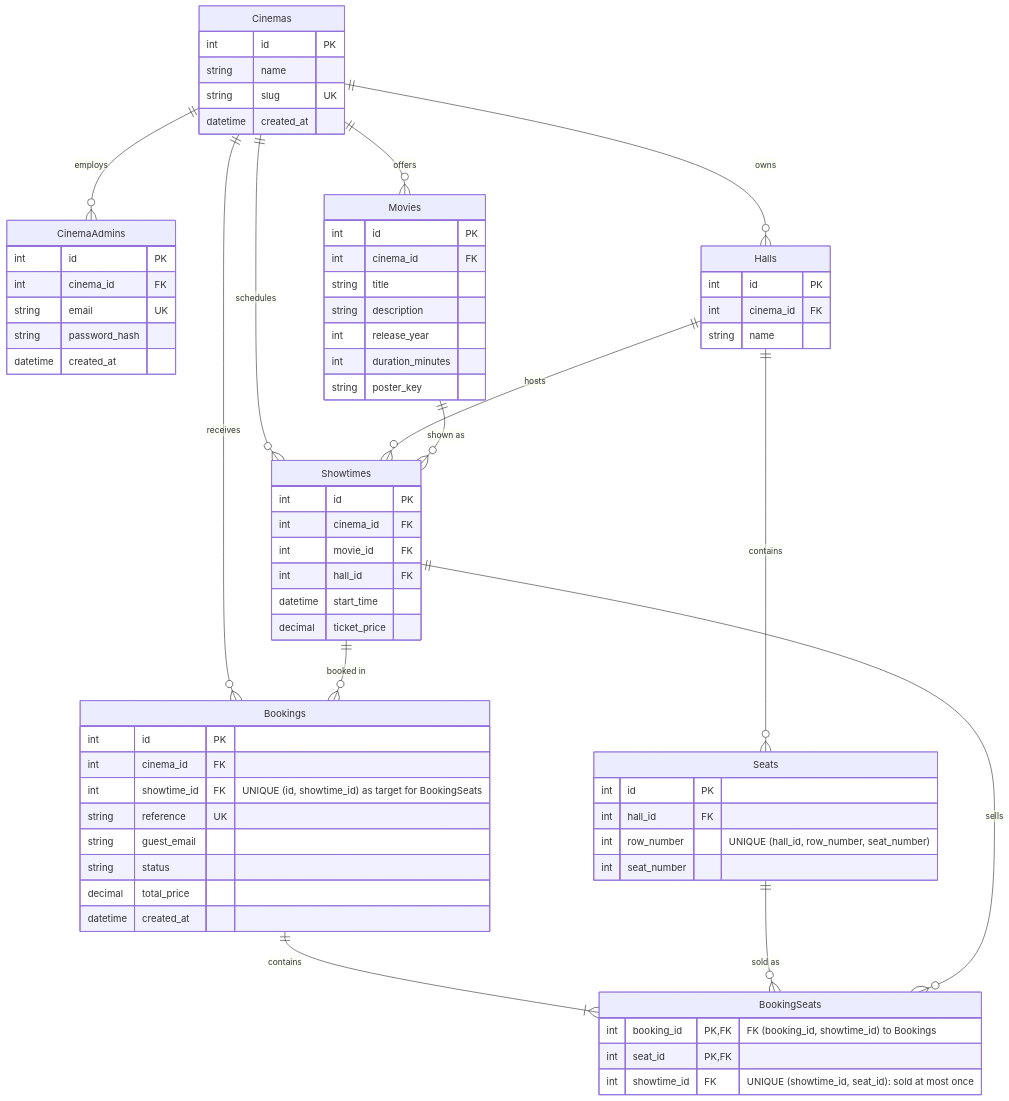
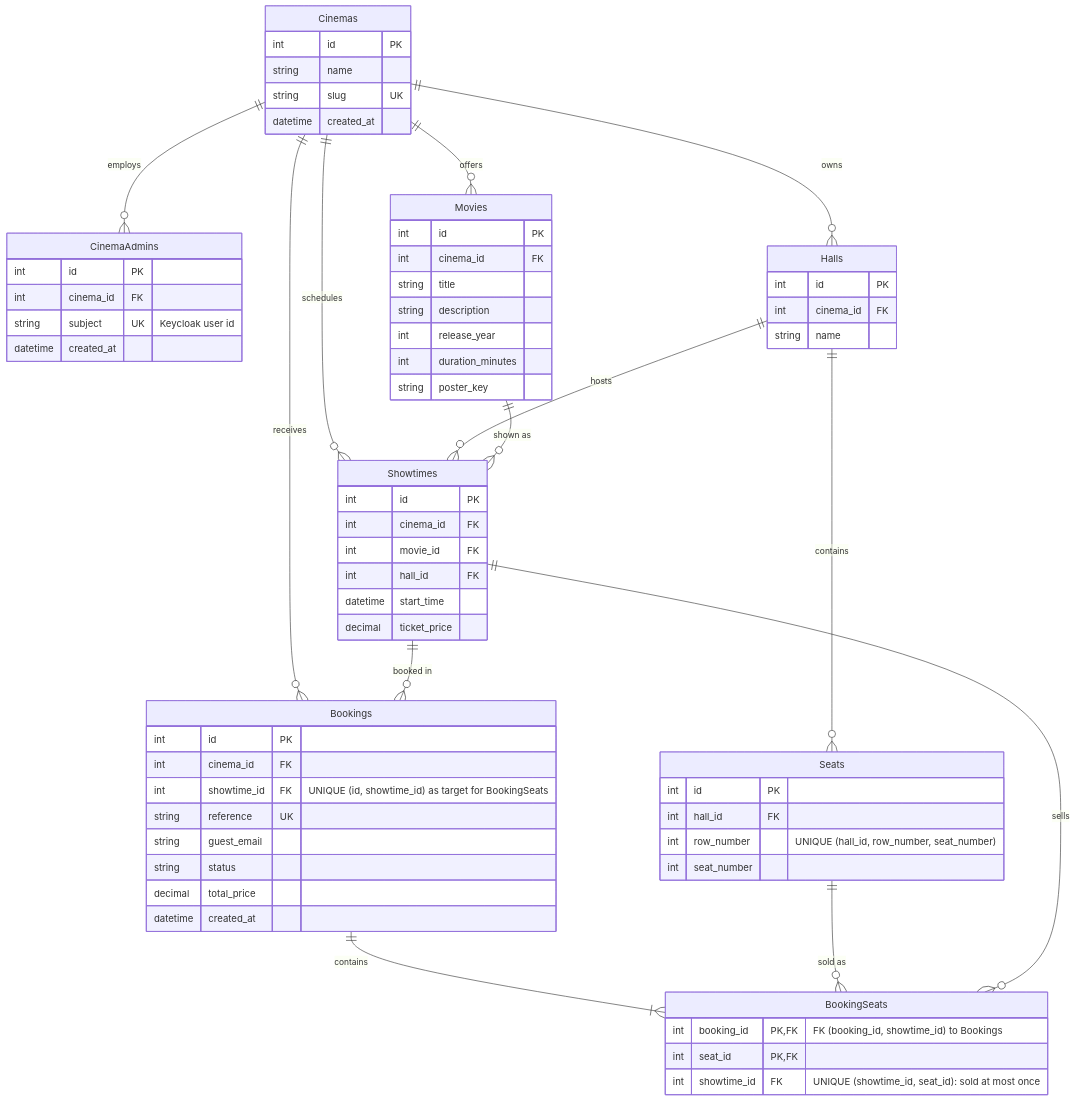
One commit to Kiryl999/cinecloud changed the diagram in docs/er-diagram.mmd. Above: the diagram before and after it, drawn with Mermaid. The commit also changed 18 other files, not shown here.

```diff
--- a/docs/er-diagram.mmd
+++ b/docs/er-diagram.mmd
@@ -1,79 +1,78 @@
 erDiagram
     Cinemas ||--o{ CinemaAdmins : employs
     Cinemas ||--o{ Movies : offers
     Cinemas ||--o{ Halls : owns
     Cinemas ||--o{ Showtimes : schedules
     Cinemas ||--o{ Bookings : receives
 
     Halls ||--o{ Seats : contains
     Halls ||--o{ Showtimes : hosts
     Movies ||--o{ Showtimes : "shown as"
 
     Showtimes ||--o{ Bookings : "booked in"
     Bookings ||--|{ BookingSeats : contains
     Seats ||--o{ BookingSeats : "sold as"
     Showtimes ||--o{ BookingSeats : sells
 
     Cinemas {
         int id PK
         string name
         string slug UK
         datetime created_at
     }
 
     CinemaAdmins {
         int id PK
         int cinema_id FK
-        string email UK
-        string password_hash
+        string subject UK "Keycloak user id"
         datetime created_at
     }
 
     Movies {
         int id PK
         int cinema_id FK
         string title
         string description
         int release_year
         int duration_minutes
         string poster_key
     }
 
     Halls {
         int id PK
         int cinema_id FK
         string name
     }
 
     Seats {
         int id PK
         int hall_id FK
         int row_number "UNIQUE (hall_id, row_number, seat_number)"
         int seat_number
     }
 
     Showtimes {
         int id PK
         int cinema_id FK
         int movie_id FK
         int hall_id FK
         datetime start_time
         decimal ticket_price
     }
 
     Bookings {
         int id PK
         int cinema_id FK
         int showtime_id FK "UNIQUE (id, showtime_id) as target for BookingSeats"
         string reference UK
         string guest_email
         string status
         decimal total_price
         datetime created_at
     }
 
     BookingSeats {
         int booking_id PK, FK "FK (booking_id, showtime_id) to Bookings"
         int seat_id PK, FK
         int showtime_id FK "UNIQUE (showtime_id, seat_id): sold at most once"
     }
```
